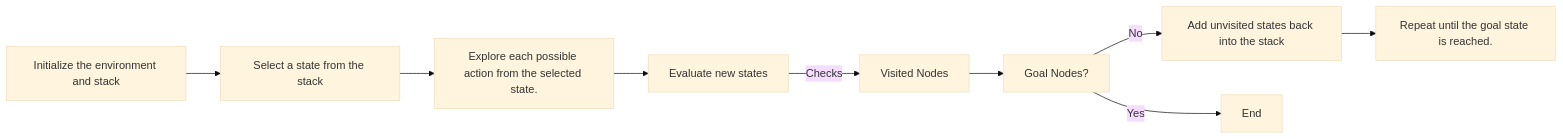
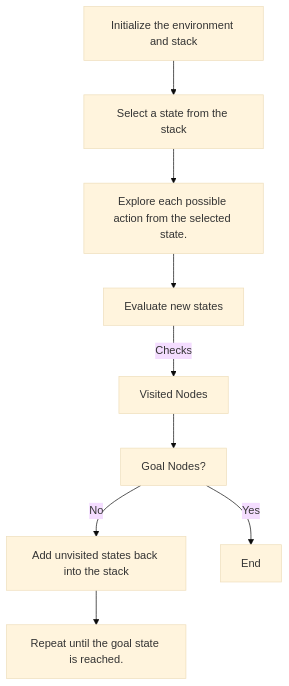
Before and after one commit to NosrevytsNg/Taxi-v3-Search-Agent: the second of 3 diagrams in README.md, drawn with Mermaid (base theme).

Commit message:
Update flowchart direction

````diff
--- a/README.md
+++ b/README.md
@@ -118,13 +118,13 @@
 ```mermaid
-flowchart LR
+flowchart TD
 
 A[Initialize the environment and stack]
 A --> B[Select a state from the stack]
 B --> C[Explore each possible action from the selected state.]
 C --> D[Evaluate new states]
 D --> |Checks| Z[Visited Nodes]
 Z --> Y[Goal Nodes?]
 Y -->|No| E[Add unvisited states back into the stack]
 Y -->|Yes| X[End]
 E --> F[Repeat until the goal state is reached.]
 ```
````
